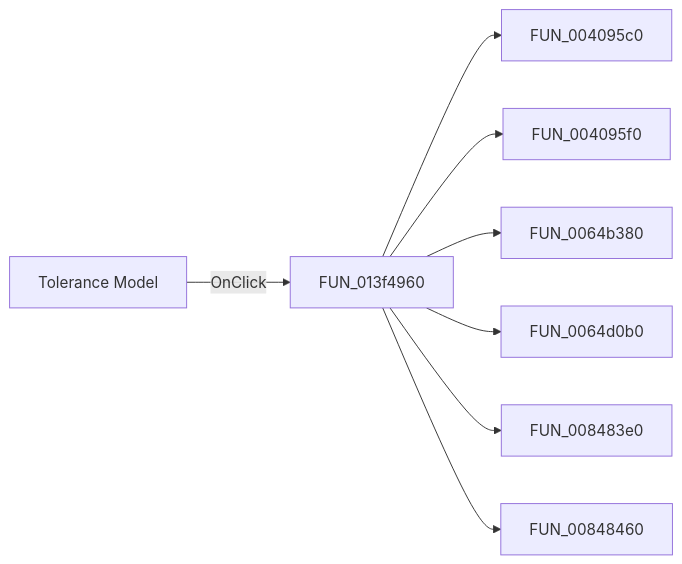
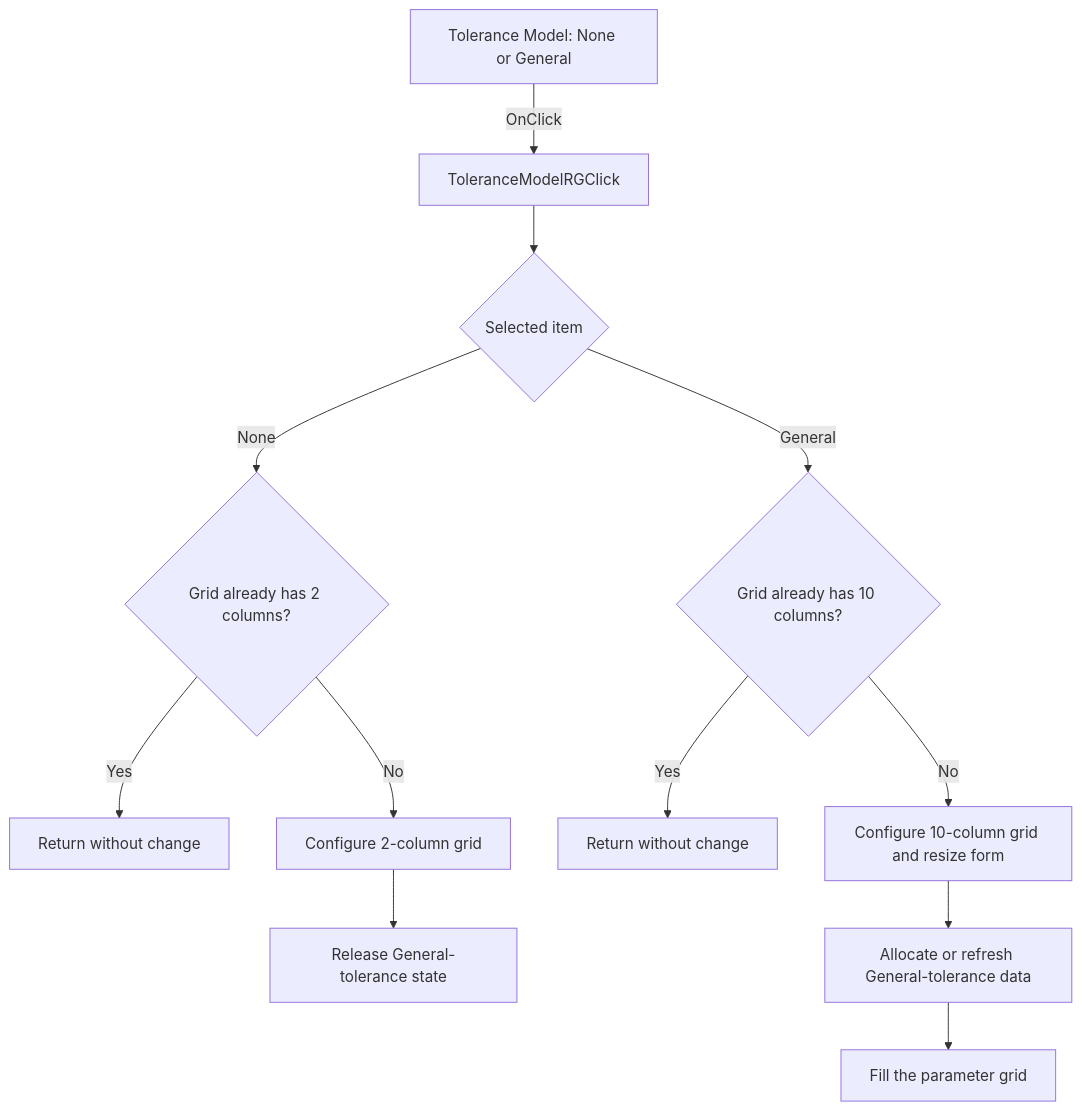
One commit to MovGP0/TIARA changed the diagram in docs/ui-controls/tlrcatalogeditordlg/tolerancemodelrg-a2c4b6b1bd.md. Above: the diagram before and after it, drawn with Mermaid. The commit also changed other lines of this file and 1062 other files, not shown here.

````diff
--- a/docs/ui-controls/tlrcatalogeditordlg/tolerancemodelrg-a2c4b6b1bd.md
+++ b/docs/ui-controls/tlrcatalogeditordlg/tolerancemodelrg-a2c4b6b1bd.md
@@ -27,10 +31,14 @@
 ```mermaid
-flowchart LR
-    control[" Tolerance Model "] -->|OnClick| handler["FUN_013f4960"]
-    handler --> call1["FUN_004095c0"]
-    handler --> call2["FUN_004095f0"]
-    handler --> call3["FUN_0064b380"]
-    handler --> call4["FUN_0064d0b0"]
-    handler --> call5["FUN_008483e0"]
-    handler --> call6["FUN_00848460"]
+flowchart TD
+    control["Tolerance Model: None or General"] -->|OnClick| handler["ToleranceModelRGClick"]
+    handler --> selection{"Selected item"}
+    selection -->|None| noneReady{"Grid already has 2 columns?"}
+    noneReady -->|Yes| noneNoop["Return without change"]
+    noneReady -->|No| noneGrid["Configure 2-column grid"]
+    noneGrid --> release["Release General-tolerance state"]
+    selection -->|General| generalReady{"Grid already has 10 columns?"}
+    generalReady -->|Yes| generalNoop["Return without change"]
+    generalReady -->|No| generalGrid["Configure 10-column grid and resize form"]
+    generalGrid --> load["Allocate or refresh General-tolerance data"]
+    load --> fill["Fill the parameter grid"]
 ```
````
